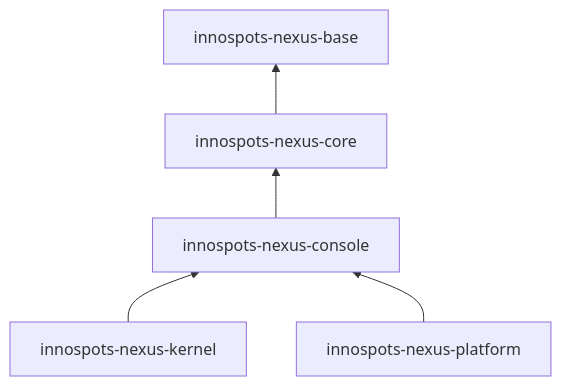
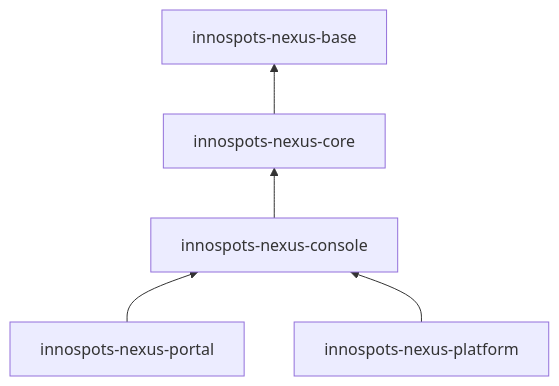
One commit to innospots/innospots-nexus changed the seventh of 9 diagrams in docs/design/multi-tenant-governance-design.md. Above: the diagram before and after it, drawn with Mermaid. The commit also changed other lines of this file and 316 other files, not shown here.

````diff
--- a/docs/design/multi-tenant-governance-design.md
+++ b/docs/design/multi-tenant-governance-design.md
@@ -1060,13 +1060,13 @@
 ```mermaid
 flowchart BT
     Base[innospots-nexus-base]
     Core[innospots-nexus-core]
     Console[innospots-nexus-console]
-    Kernel[innospots-nexus-kernel]
+    Portal[innospots-nexus-portal]
     Platform[innospots-nexus-platform]
 
     Core --> Base
     Console --> Core
-    Kernel --> Console
+    Portal --> Console
     Platform --> Console
 ```
````
